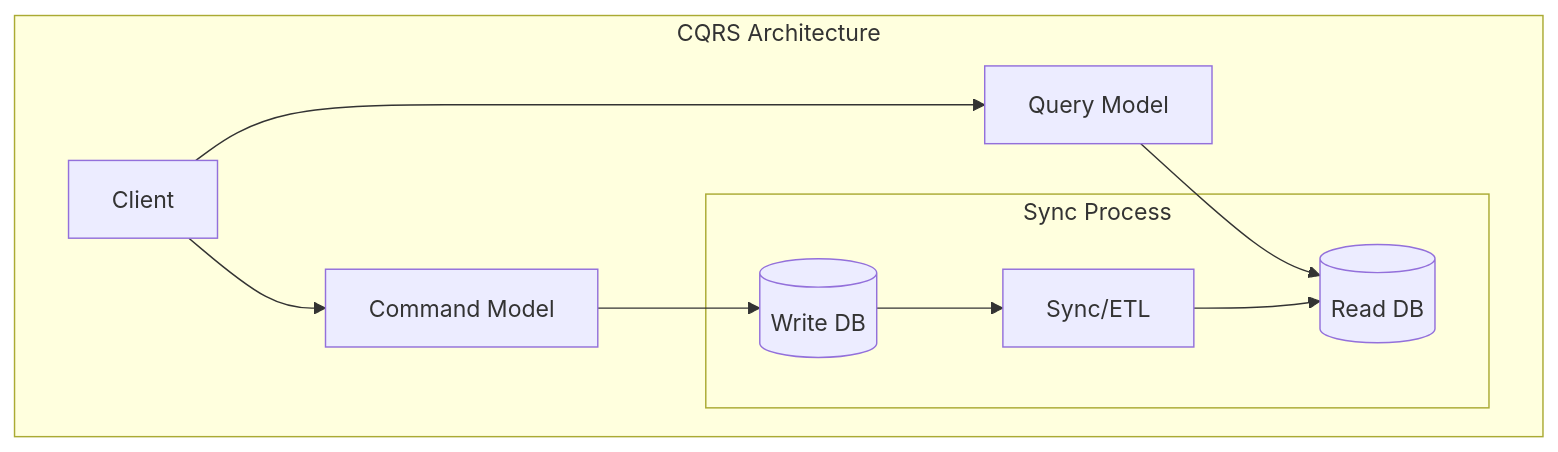
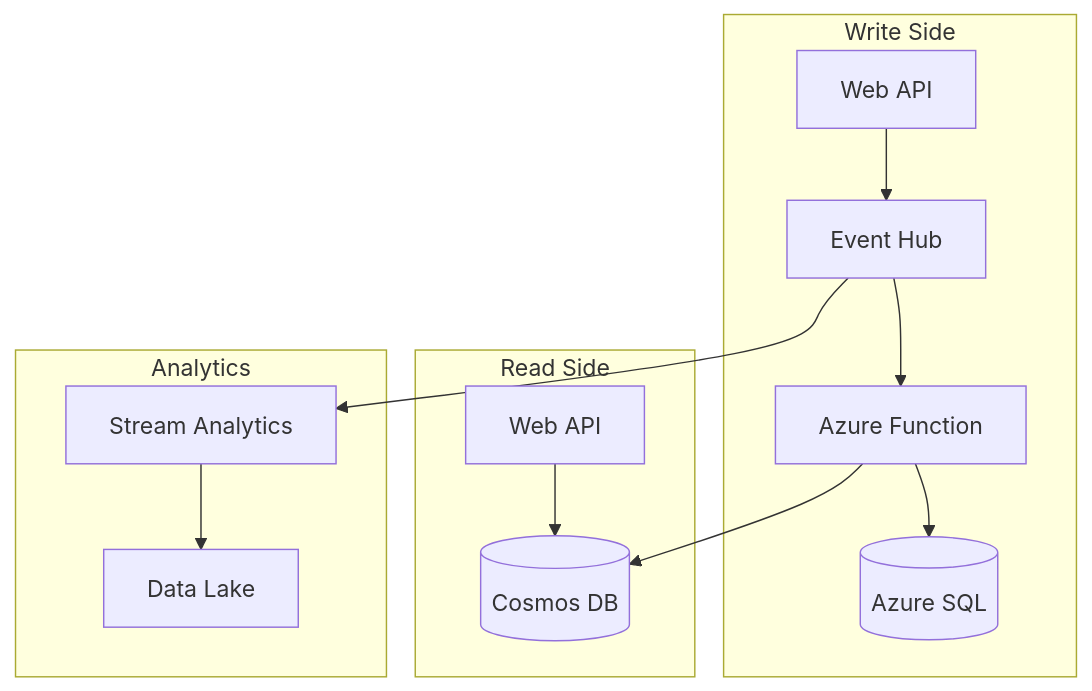
Before and after one commit to saravanakumarrc/Architecture_Journey: the second of 4 diagrams in src/Data_Architecture_Patterns.md, drawn with Mermaid. The commit also changed other lines of this file and 4 other files, not shown here.

Commit message:
Enhance documentation for Data Management, Data Protection Strategies, API Gateway Patterns, and Code Quality Metrics; add comprehensive overviews, implementation patterns, and best practices for improved clarity and guidance.

````diff
--- a/src/Data_Architecture_Patterns.md
+++ b/src/Data_Architecture_Patterns.md
@@ -7,15 +35,18 @@
 ```mermaid
 graph TB
-    subgraph "CQRS Architecture"
-        C[Client] --> CM[Command Model]
-        C --> QM[Query Model]
-        
-        CM --> WDB[(Write DB)]
-        QM --> RDB[(Read DB)]
-        
-        subgraph "Sync Process"
-            WDB --> SYNC[Sync/ETL]
-            SYNC --> RDB
-        end
+    subgraph "Write Side"
+        W[Web API] --> EH[Event Hub]
+        EH --> AF[Azure Function]
+        AF --> SQL[(Azure SQL)]
+    end
+    
+    subgraph "Read Side"
+        R[Web API] --> COSMOS[(Cosmos DB)]
+        AF --> COSMOS
+    end
+    
+    subgraph "Analytics"
+        EH --> SA[Stream Analytics]
+        SA --> DL[Data Lake]
     end
 ```
````
